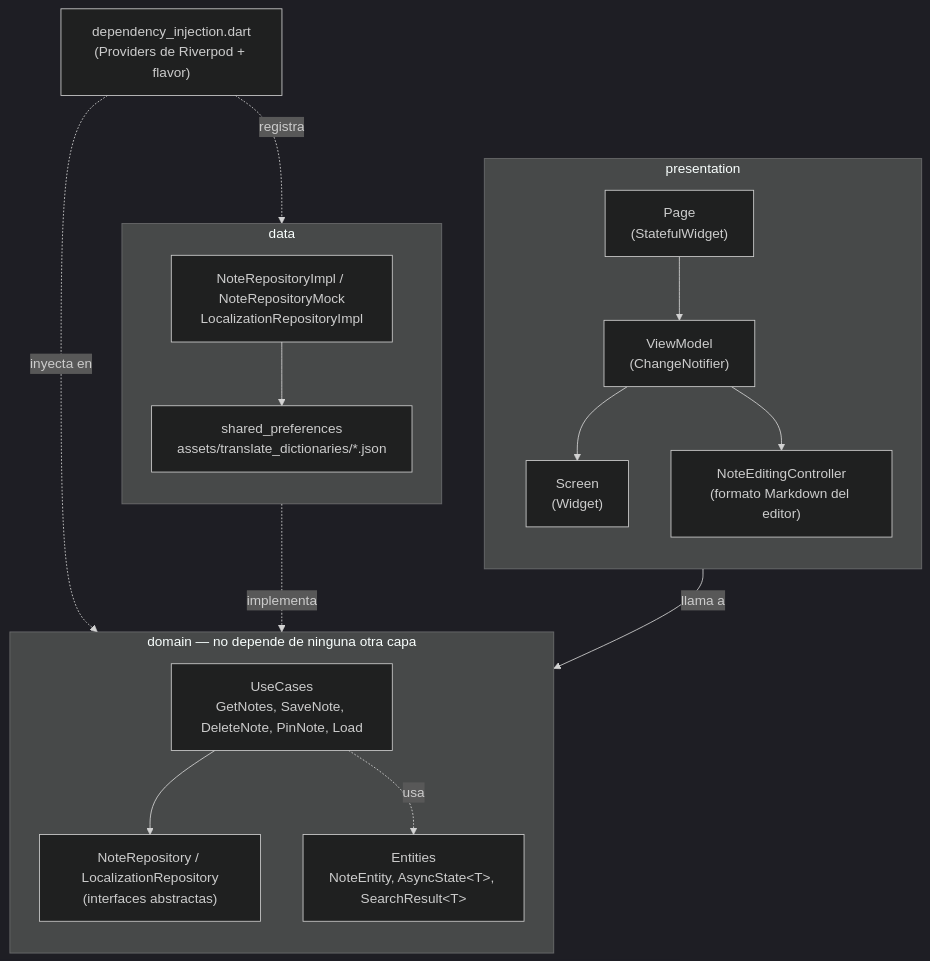
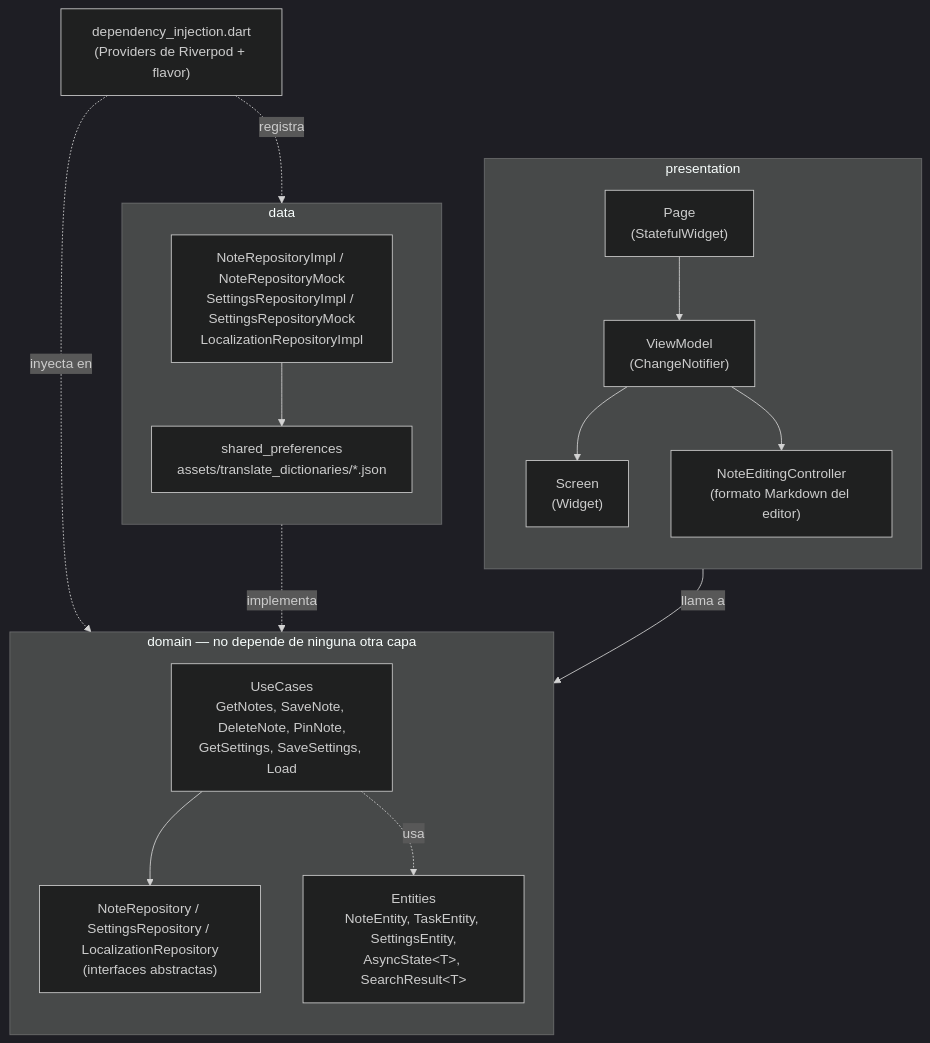
The diagram in README.md (marlonc98/pragma_road_1_to_dos), drawn with Mermaid (dark theme) before and after one commit. The commit also changed other lines of this file, not shown here.

Commit message:
docs (README: screenshots, settings, tests and delivery details)

````diff
--- a/README.md
+++ b/README.md
@@ -123,34 +127,34 @@
 ```mermaid
 flowchart TB
     subgraph Presentation["presentation"]
         direction TB
         Page["Page<br/>(StatefulWidget)"]
         VM["ViewModel<br/>(ChangeNotifier)"]
         Screen["Screen<br/>(Widget)"]
         Controller["NoteEditingController<br/>(formato Markdown del editor)"]
         Page --> VM --> Screen
         VM --> Controller
     end
 
     subgraph Domain["domain — no depende de ninguna otra capa"]
         direction TB
-        UseCase["UseCases<br/>GetNotes, SaveNote, DeleteNote, PinNote, Load"]
-        RepoI["NoteRepository / LocalizationRepository<br/>(interfaces abstractas)"]
-        Entities["Entities<br/>NoteEntity, AsyncState&lt;T&gt;, SearchResult&lt;T&gt;"]
+        UseCase["UseCases<br/>GetNotes, SaveNote, DeleteNote, PinNote,<br/>GetSettings, SaveSettings, Load"]
+        RepoI["NoteRepository / SettingsRepository / LocalizationRepository<br/>(interfaces abstractas)"]
+        Entities["Entities<br/>NoteEntity, TaskEntity, SettingsEntity,<br/>AsyncState&lt;T&gt;, SearchResult&lt;T&gt;"]
         UseCase --> RepoI
         UseCase -.->|usa| Entities
     end
 
     subgraph Data["data"]
         direction TB
-        RepoImpl["NoteRepositoryImpl / NoteRepositoryMock<br/>LocalizationRepositoryImpl"]
+        RepoImpl["NoteRepositoryImpl / NoteRepositoryMock<br/>SettingsRepositoryImpl / SettingsRepositoryMock<br/>LocalizationRepositoryImpl"]
         Sources["shared_preferences<br/>assets/translate_dictionaries/*.json"]
         RepoImpl --> Sources
     end
 
     VM -->|llama a| UseCase
     RepoImpl -.->|implementa| RepoI
 
     DI["dependency_injection.dart<br/>(Providers de Riverpod + flavor)"] -.->|registra| RepoImpl
     DI -.->|inyecta en| UseCase
 ```
````
